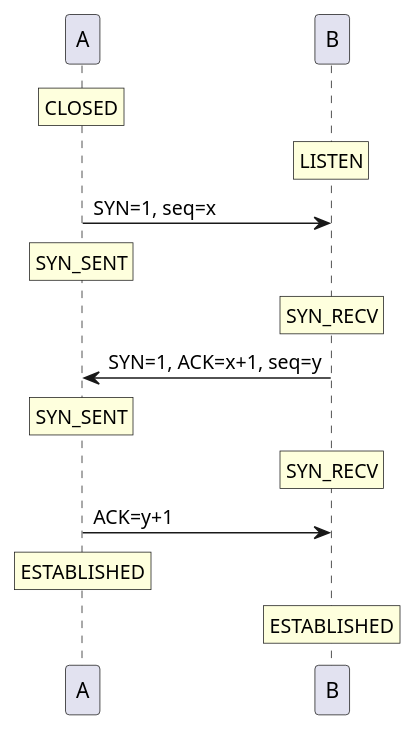
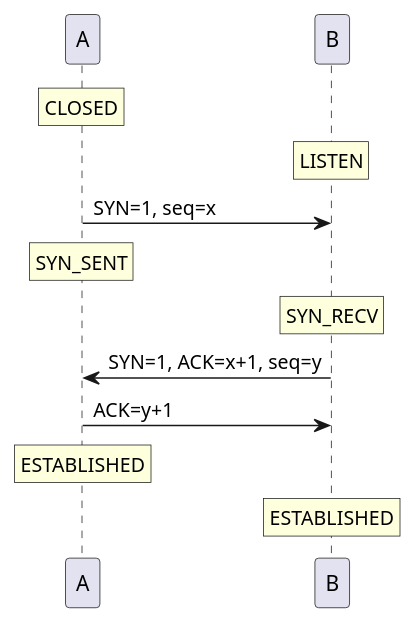
The first of 3 diagrams in source/_posts/noodle_plan.md (no5ix/no5ix.github.io), drawn with PlantUML before and after one commit. The commit also changed other lines of this file, not shown here.

````diff
--- a/source/_posts/noodle_plan.md
+++ b/source/_posts/noodle_plan.md
@@ -863,13 +863,11 @@
 ``` puml
 rnote over A : CLOSED
 rnote over B : LISTEN
 A -> B : SYN=1, seq=x
 rnote over A : SYN_SENT
 rnote over B : SYN_RECV
 A <- B : SYN=1, ACK=x+1, seq=y
-rnote over A : SYN_SENT
-rnote over B : SYN_RECV
 A -> B : ACK=y+1
 rnote over A : ESTABLISHED
 rnote over B : ESTABLISHED
 ```
````
